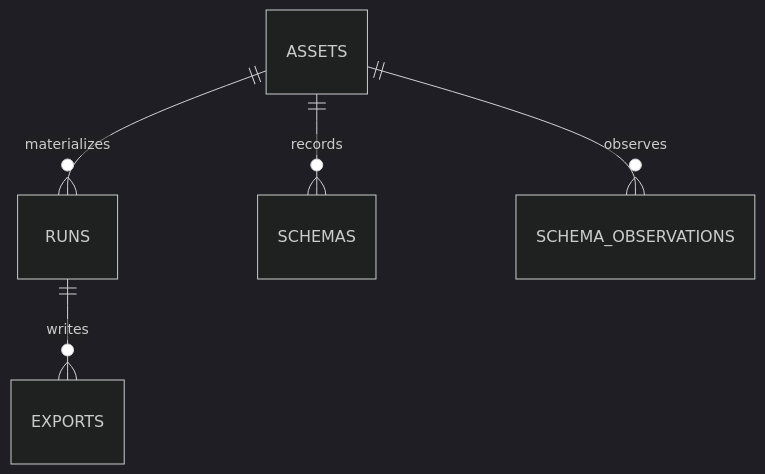
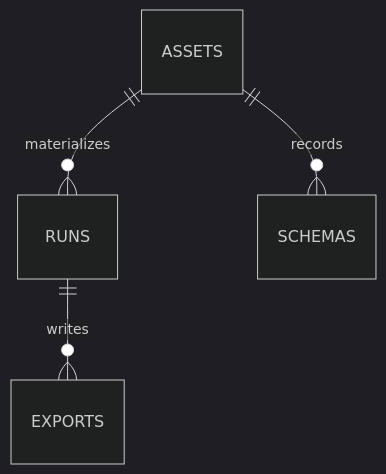
One commit to RFARQ3/assquack changed the diagram in docs/storage-model.md. Above: the diagram before and after it, drawn with Mermaid (dark theme). The commit also changed other lines of this file and 17 other files, not shown here.

First line of the commit message:
feat(schema): infer replacement tables from current-run fragments

````diff
--- a/docs/storage-model.md
+++ b/docs/storage-model.md
@@ -99,7 +99,6 @@
 ```mermaid
 erDiagram
   ASSETS ||--o{ RUNS : materializes
   ASSETS ||--o{ SCHEMAS : records
-  ASSETS ||--o{ SCHEMA_OBSERVATIONS : observes
   RUNS ||--o{ EXPORTS : writes
 ```
````
